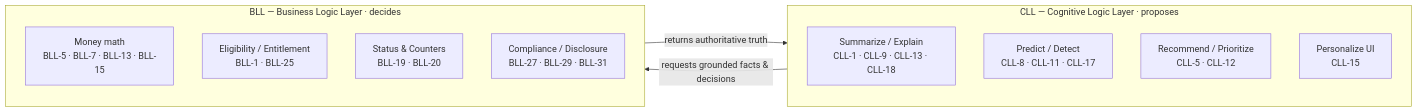
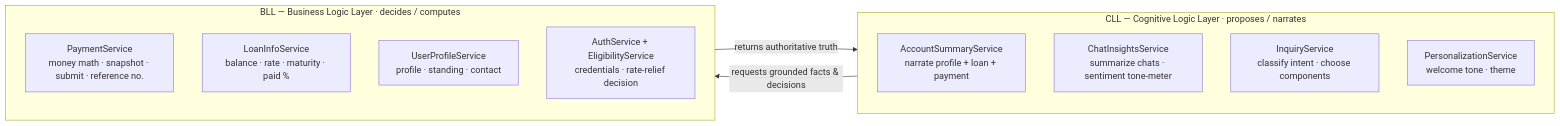
One commit to antongeorgescu/poc-plus-hexagonal-architecture changed the first of 8 diagrams in documentation/plus_architecture.md. Above: the diagram before and after it, drawn with Mermaid. The commit also changed other lines of this file, not shown here.

````diff
--- a/documentation/plus_architecture.md
+++ b/documentation/plus_architecture.md
@@ -16,17 +21,17 @@
 ```mermaid
 flowchart LR
-  subgraph sgCLL["CLL — Cognitive Logic Layer · proposes"]
-    C1["Summarize / Explain<br/>CLL-1 · CLL-9 · CLL-13 · CLL-18"]
-    C2["Predict / Detect<br/>CLL-8 · CLL-11 · CLL-17"]
-    C3["Recommend / Prioritize<br/>CLL-5 · CLL-12"]
-    C4["Personalize UI<br/>CLL-15"]
+  subgraph sgCLL["CLL — Cognitive Logic Layer · proposes / narrates"]
+    C1["AccountSummaryService<br/>narrate profile + loan + payment"]
+    C2["ChatInsightsService<br/>summarize chats · sentiment tone-meter"]
+    C3["InquiryService<br/>classify intent · choose components"]
+    C4["PersonalizationService<br/>welcome tone · theme"]
   end
-  subgraph sgBLL["BLL — Business Logic Layer · decides"]
-    B1["Money math<br/>BLL-5 · BLL-7 · BLL-13 · BLL-15"]
-    B2["Eligibility / Entitlement<br/>BLL-1 · BLL-25"]
-    B3["Status &amp; Counters<br/>BLL-19 · BLL-20"]
-    B4["Compliance / Disclosure<br/>BLL-27 · BLL-29 · BLL-31"]
+  subgraph sgBLL["BLL — Business Logic Layer · decides / computes"]
+    B1["PaymentService<br/>money math · snapshot · submit · reference no."]
+    B2["LoanInfoService<br/>balance · rate · maturity · paid %"]
+    B3["UserProfileService<br/>profile · standing · contact"]
+    B4["AuthService + EligibilityService<br/>credentials · rate-relief decision"]
   end
   sgCLL -->|"requests grounded facts &amp; decisions"| sgBLL
   sgBLL -->|"returns authoritative truth"| sgCLL
 ```
````
